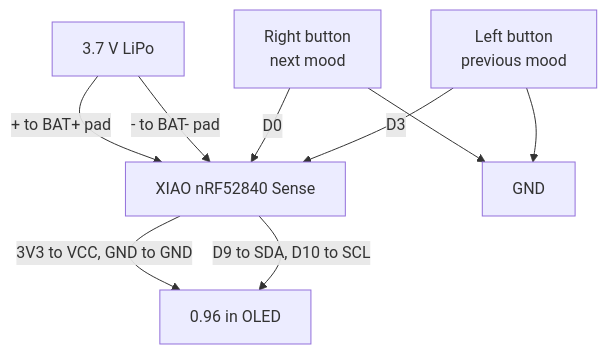
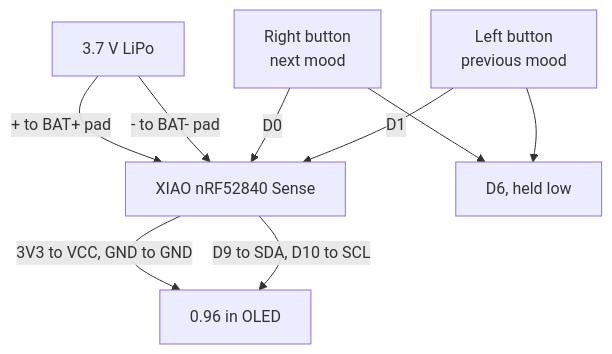
The third of 5 diagrams in README.md (hronkrobotics/solareyes), drawn with Mermaid before and after one commit. The commit also changed other lines of this file and 5 other files, not shown here.

````diff
--- a/README.md
+++ b/README.md
@@ -114,18 +114,18 @@
 ```mermaid
 flowchart TD
     CELL["3.7 V LiPo"]
     MCU["XIAO nRF52840 Sense"]
     OLED["0.96 in OLED"]
     NEXT["Right button<br/>next mood"]
     PREV["Left button<br/>previous mood"]
-    GND["GND"]
+    COM["D6, held low"]
 
     CELL -->|"+ to BAT+ pad"| MCU
     CELL -->|"- to BAT- pad"| MCU
     MCU -->|"3V3 to VCC, GND to GND"| OLED
     MCU -->|"D9 to SDA, D10 to SCL"| OLED
     NEXT -->|"D0"| MCU
-    PREV -->|"D3"| MCU
-    NEXT --> GND
-    PREV --> GND
+    PREV -->|"D1"| MCU
+    NEXT --> COM
+    PREV --> COM
 ```
````
